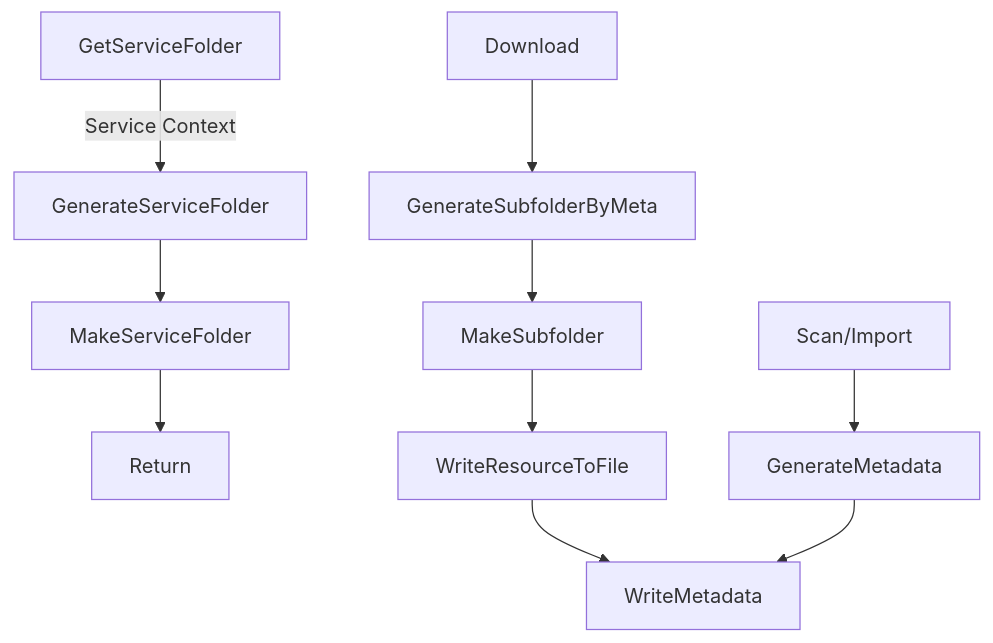
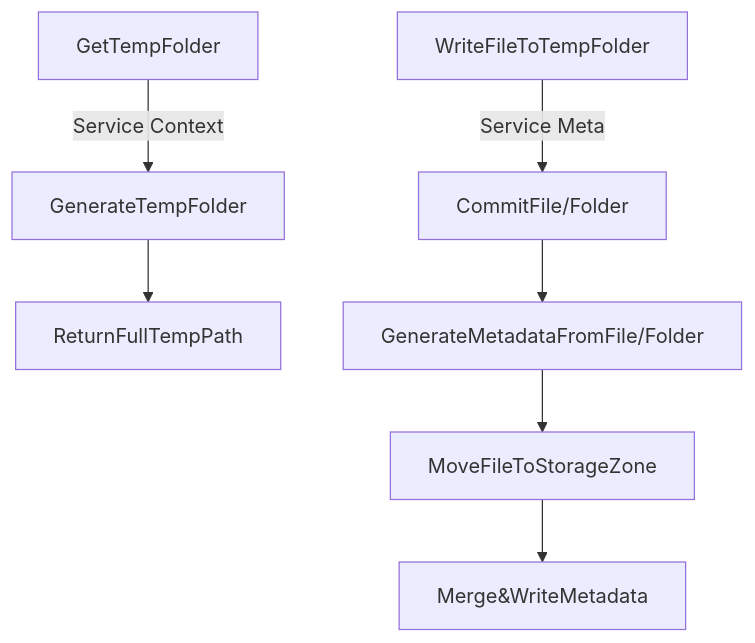
Before and after one commit to Sciuromorpha/Documents: the first of 2 diagrams in Design/Storage Design.md, drawn with Mermaid. The commit also changed other lines of this file and 1 other file, not shown here.

Commit message:
完善 Storage API 文档。

````diff
--- a/Design/Storage Design.md
+++ b/Design/Storage Design.md
@@ -28,6 +43,5 @@
 ```mermaid
 graph TD
-  GetServiceFolder--Service Context-->GenerateServiceFolder-->MakeServiceFolder-->Return
-  Download-->GenerateSubfolderByMeta-->MakeSubfolder-->WriteResourceToFile-->WriteMetadata
-  Scan/Import-->GenerateMetadata-->WriteMetadata
+  GetTempFolder--Service Context-->GenerateTempFolder-->ReturnFullTempPath
+  WriteFileToTempFolder--Service Meta-->CommitFile/Folder-->GenerateMetadataFromFile/Folder-->MoveFileToStorageZone-->Merge&WriteMetadata
 ```
````
